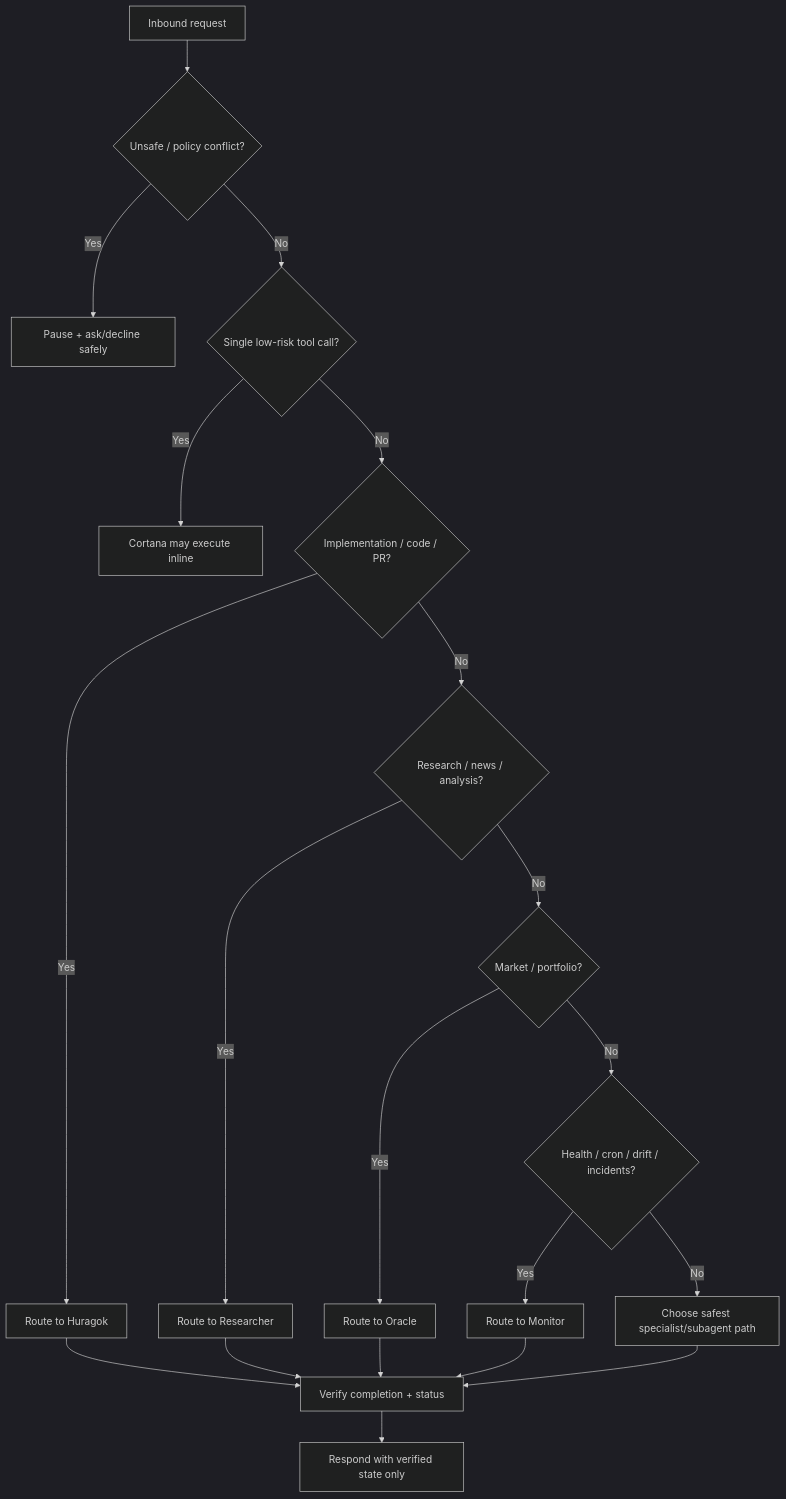
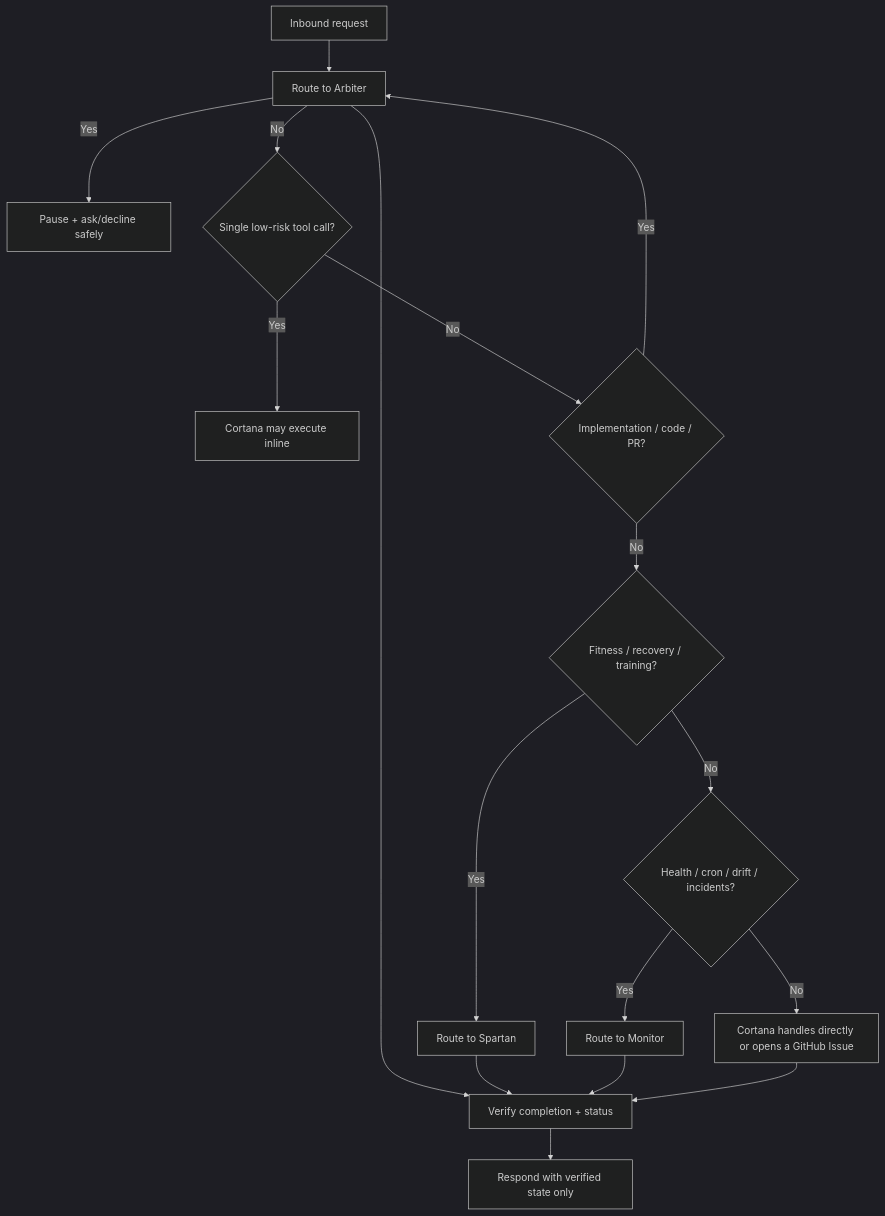
One commit to hd719/cortana changed the second of 10 diagrams in README.md. Above: the diagram before and after it, drawn with Mermaid (dark theme). The commit also changed other lines of this file and 100 other files, not shown here.

Commit message:
Gut task board for GitHub issues

````diff
--- a/README.md
+++ b/README.md
@@ -139,22 +137,19 @@
 ```mermaid
 flowchart TD
   Q[Inbound request] --> A{Unsafe / policy conflict?}
   A -->|Yes| STOP[Pause + ask/decline safely]
   A -->|No| B{Single low-risk tool call?}
   B -->|Yes| INLINE[Cortana may execute inline]
   B -->|No| C{Implementation / code / PR?}
-  C -->|Yes| H[Route to Huragok]
-  C -->|No| D{Research / news / analysis?}
-  D -->|Yes| R[Route to Researcher]
-  D -->|No| E{Market / portfolio?}
-  E -->|Yes| O[Route to Oracle]
-  E -->|No| F{Health / cron / drift / incidents?}
+  C -->|Yes| A[Route to Arbiter]
+  C -->|No| D{Fitness / recovery / training?}
+  D -->|Yes| S[Route to Spartan]
+  D -->|No| F{Health / cron / drift / incidents?}
   F -->|Yes| M[Route to Monitor]
-  F -->|No| G[Choose safest specialist/subagent path]
-  H --> V[Verify completion + status]
-  R --> V
-  O --> V
+  F -->|No| G[Cortana handles directly or opens a GitHub Issue]
+  A --> V[Verify completion + status]
+  S --> V
   M --> V
   G --> V
   V --> RESP[Respond with verified state only]
 ```
````
